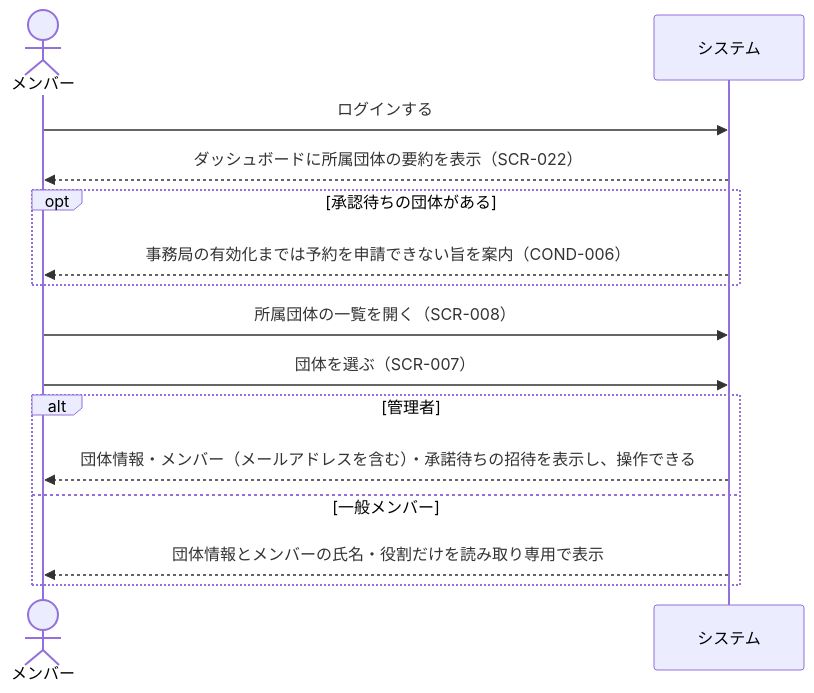
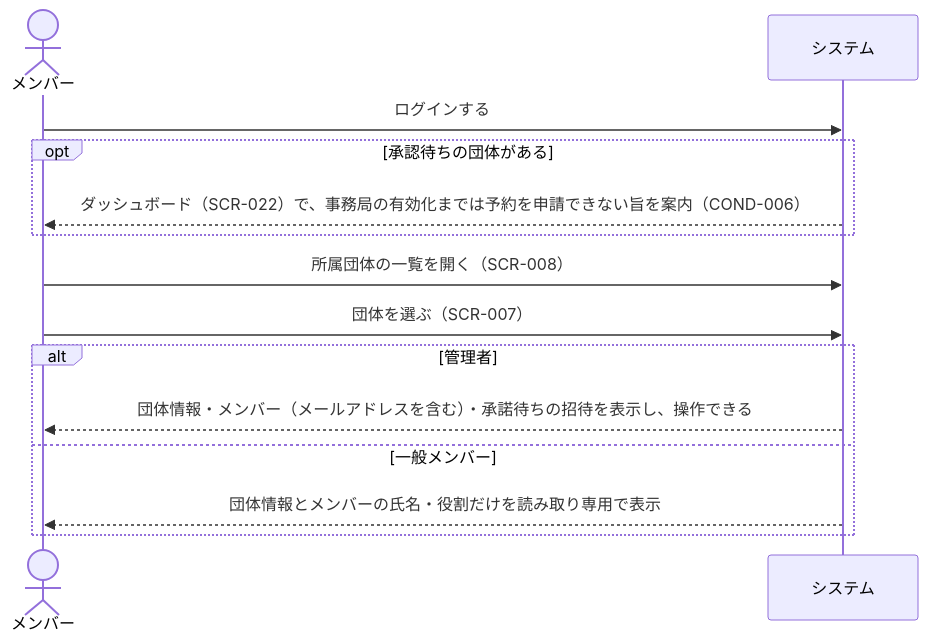
One commit to gdsc-osaka/iclub-reserve changed the fourth of 4 diagrams in rdra/contexts/group-management.md. Above: the diagram before and after it, drawn with Mermaid. The commit also changed other lines of this file and 8 other files, not shown here.

````diff
--- a/rdra/contexts/group-management.md
+++ b/rdra/contexts/group-management.md
@@ -296,18 +333,17 @@
 ```mermaid
 sequenceDiagram
     actor メンバー
     participant システム
 
     メンバー->>システム: ログインする
-    システム-->>メンバー: ダッシュボードに所属団体の要約を表示（SCR-022）
     opt 承認待ちの団体がある
-        システム-->>メンバー: 事務局の有効化までは予約を申請できない旨を案内（COND-006）
+        システム-->>メンバー: ダッシュボード（SCR-022）で、事務局の有効化までは予約を申請できない旨を案内（COND-006）
     end
     メンバー->>システム: 所属団体の一覧を開く（SCR-008）
     メンバー->>システム: 団体を選ぶ（SCR-007）
     alt 管理者
         システム-->>メンバー: 団体情報・メンバー（メールアドレスを含む）・承諾待ちの招待を表示し、操作できる
     else 一般メンバー
         システム-->>メンバー: 団体情報とメンバーの氏名・役割だけを読み取り専用で表示
     end
 ```
````
